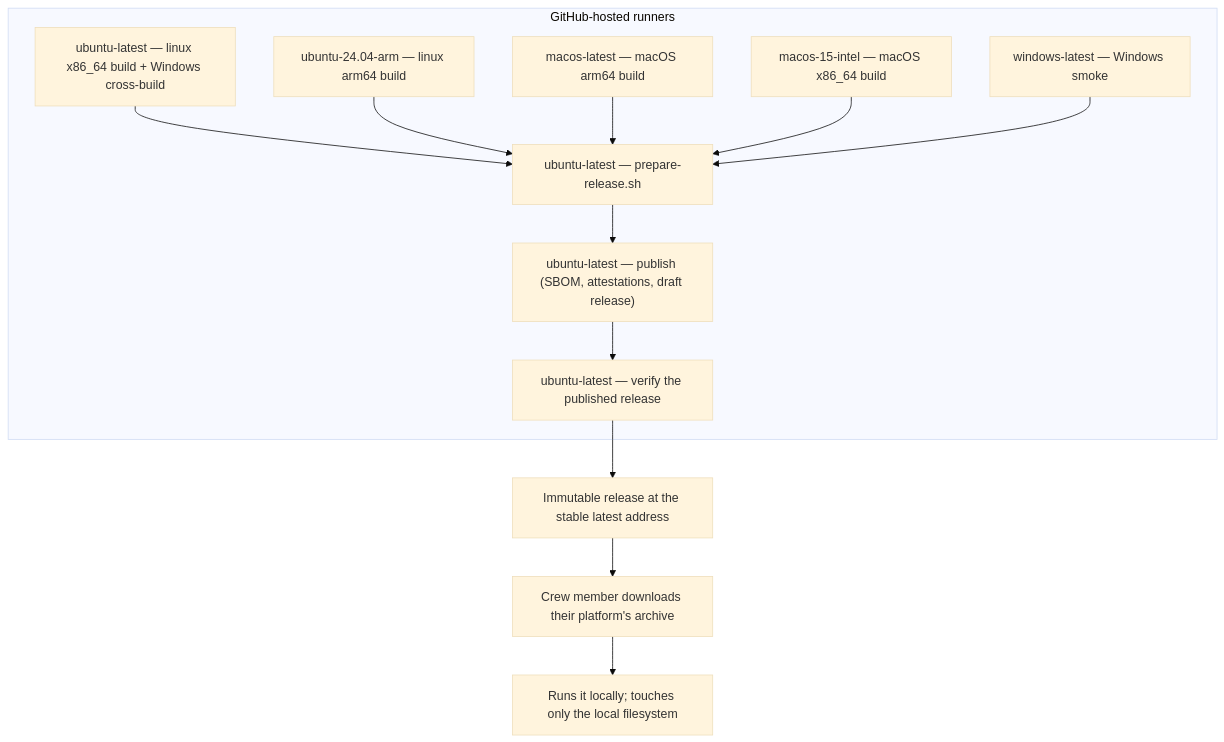
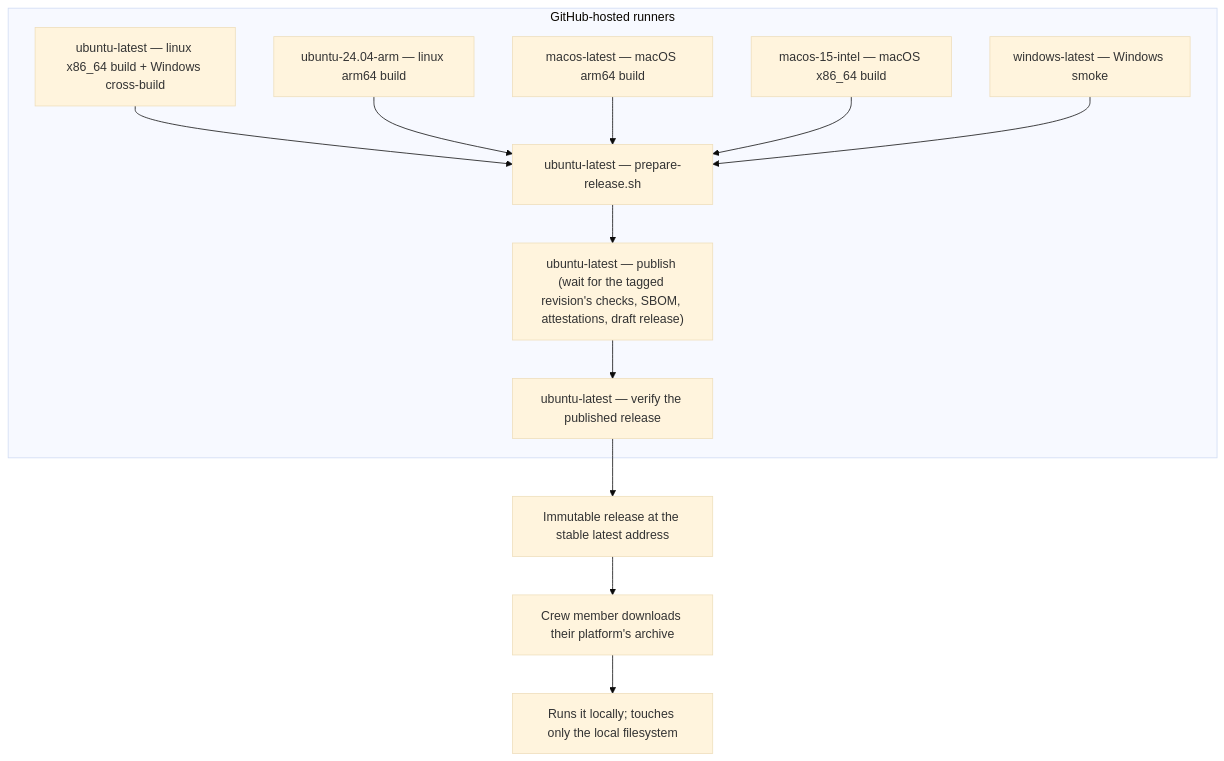
The diagram in docs/arc42/07-deployment-view.md (duty2cal/duty2cal), drawn with Mermaid (base theme) before and after one commit. The commit also changed other lines of this file and 19 other files, not shown here.

Commit message:
feat(publish-public-release): A release is published only after every check on the tagged revision has concluded successfully, so the branch and tag can be pushed together without racing the gate.

````diff
--- a/docs/arc42/07-deployment-view.md
+++ b/docs/arc42/07-deployment-view.md
@@ -7,22 +7,22 @@
 ```mermaid
 flowchart TB
   subgraph host["GitHub-hosted runners"]
     b1["ubuntu-latest — linux x86_64 build + Windows cross-build"]
     b2["ubuntu-24.04-arm — linux arm64 build"]
     b3["macos-latest — macOS arm64 build"]
     b4["macos-15-intel — macOS x86_64 build"]
     sm["windows-latest — Windows smoke"]
     prep["ubuntu-latest — prepare-release.sh"]
-    pub["ubuntu-latest — publish (SBOM, attestations, draft release)"]
+    pub["ubuntu-latest — publish (wait for the tagged revision's checks, SBOM, attestations, draft release)"]
     ver["ubuntu-latest — verify the published release"]
   end
   b1 --> prep
   b2 --> prep
   b3 --> prep
   b4 --> prep
   sm --> prep
   prep --> pub --> ver
   ver --> rel["Immutable release at the stable latest address"]
   rel --> dl["Crew member downloads their platform's archive"]
   dl --> run["Runs it locally; touches only the local filesystem"]
 ```
````
